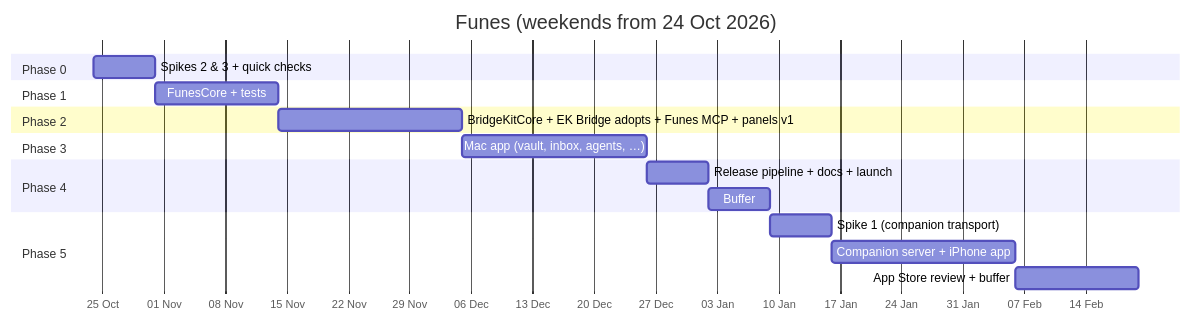
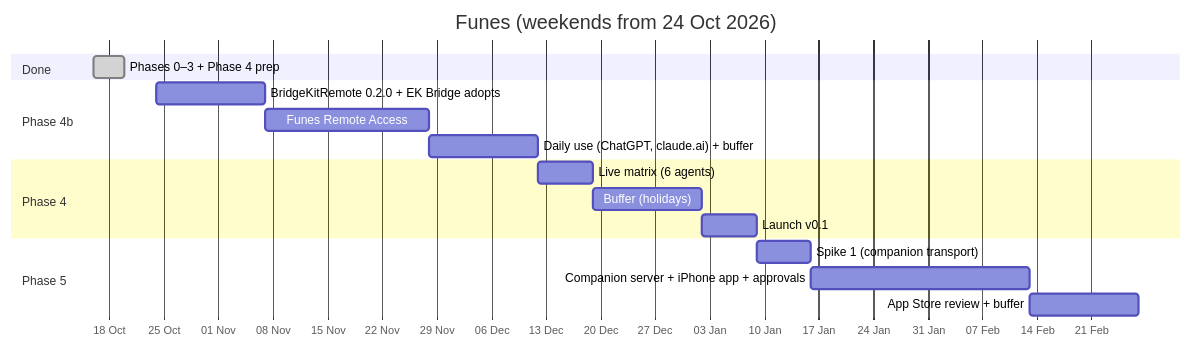
The diagram in spec/roadmap/roadmap.md (bereciartua/funes-vault-app), drawn with Mermaid before and after one commit. The commit also changed other lines of this file and 19 other files, not shown here.

First line of the commit message:
Plan Remote Access for cloud agents in v0.1, with the same policy on every channel

````diff
--- a/spec/roadmap/roadmap.md
+++ b/spec/roadmap/roadmap.md
@@ -7,21 +9,20 @@
 ```mermaid
 gantt
     title Funes (weekends from 24 Oct 2026)
     dateFormat  YYYY-MM-DD
     axisFormat  %d %b
-    section Phase 0
-    Spikes 2 & 3 + quick checks        :p0, 2026-10-24, 7d
-    section Phase 1
-    FunesCore + tests                   :p1, after p0, 14d
-    section Phase 2
-    BridgeKitCore + EK Bridge adopts + Funes MCP + panels v1 :p2, after p1, 21d
-    section Phase 3
-    Mac app (vault, inbox, agents, …)   :p3, after p2, 21d
+    section Done
+    Phases 0–3 + Phase 4 prep           :done, d0, 2026-10-16, 4d
+    section Phase 4b
+    BridgeKitRemote 0.2.0 + EK Bridge adopts :p4a, 2026-10-24, 14d
+    Funes Remote Access                 :p4b, after p4a, 21d
+    Daily use (ChatGPT, claude.ai) + buffer :b0, after p4b, 14d
     section Phase 4
-    Release pipeline + docs + launch    :p4, after p3, 7d
-    Buffer                              :b1, after p4, 7d
+    Live matrix (6 agents)              :p4, after b0, 7d
+    Buffer (holidays)                   :b1, after p4, 14d
+    Launch v0.1                         :l1, after b1, 7d
     section Phase 5
-    Spike 1 (companion transport)       :s1, after b1, 7d
-    Companion server + iPhone app       :p5, after s1, 21d
+    Spike 1 (companion transport)       :s1, after l1, 7d
+    Companion server + iPhone app + approvals :p5, after s1, 28d
     App Store review + buffer           :b2, after p5, 14d
 ```
````
